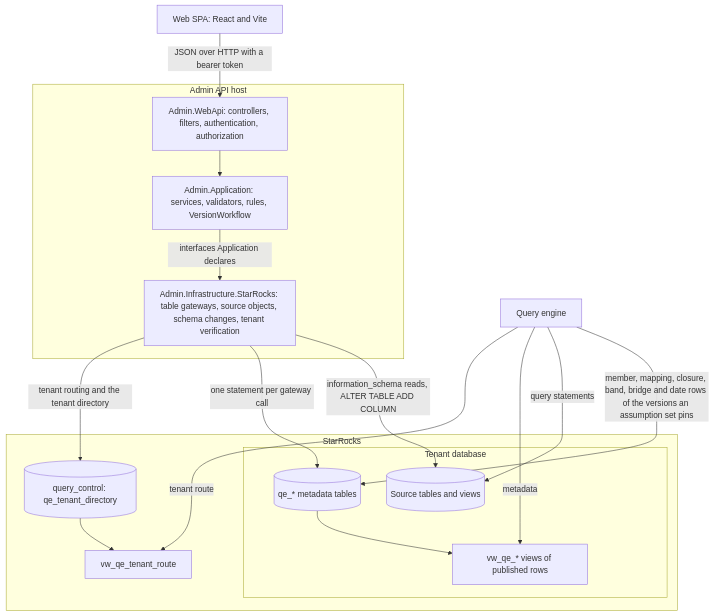
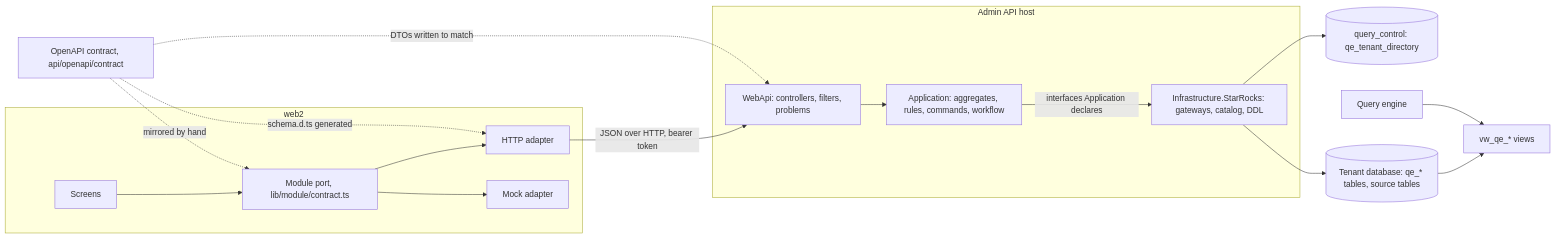
The first of 2 diagrams in api/docs/architecture/01-architecture.md (chrisaliotta/Quantalytix.QueryEngine.Admin), drawn with Mermaid before and after one commit. The commit also changed other lines of this file and 7 other files, not shown here.

Commit message:
Rewrite the API README and architecture docs for the change-set API

````diff
--- a/api/docs/architecture/01-architecture.md
+++ b/api/docs/architecture/01-architecture.md
@@ -9,31 +8,24 @@
 ```mermaid
-flowchart TB
-    Spa["Web SPA: React and Vite"]
-    subgraph AdminHost [Admin API host]
-        Api["Admin.WebApi: controllers, filters, authentication, authorization"]
-        App["Admin.Application: services, validators, rules, VersionWorkflow"]
-        Infra["Admin.Infrastructure.StarRocks: table gateways, source objects, schema changes, tenant verification"]
+flowchart LR
+    Contract["OpenAPI contract, api/openapi/contract"]
+    subgraph Web2 [web2]
+        Screens --> Port["Module port, lib/module/contract.ts"]
+        Port --> Http["HTTP adapter"]
+        Port --> Mock["Mock adapter"]
     end
-    subgraph Cluster [StarRocks]
-        Control[("query_control: qe_tenant_directory")]
-        RouteView["vw_qe_tenant_route"]
-        subgraph TenantDatabase [Tenant database]
-            QeTables[("qe_* metadata tables")]
-            SourceTables[("Source tables and views")]
-            Views["vw_qe_* views of published rows"]
-        end
+    subgraph Host [Admin API host]
+        Api["WebApi: controllers, filters, problems"]
+        App["Application: aggregates, rules, commands, workflow"]
+        Infra["Infrastructure.StarRocks: gateways, catalog, DDL"]
     end
-    Engine["Query engine"]
-    Spa -->|"JSON over HTTP with a bearer token"| Api
+    Http -->|"JSON over HTTP, bearer token"| Api
     Api --> App
     App -->|"interfaces Application declares"| Infra
-    Infra -->|"tenant routing and the tenant directory"| Control
-    Infra -->|"one statement per gateway call"| QeTables
-    Infra -->|"information_schema reads, ALTER TABLE ADD COLUMN"| SourceTables
-    Control --> RouteView
-    QeTables --> Views
-    Engine -->|"tenant route"| RouteView
-    Engine -->|"metadata"| Views
-    Engine -->|"query statements"| SourceTables
-    Engine -->|"member, mapping, closure, band, bridge and date rows of the versions an assumption set pins"| QeTables
+    Infra --> Control[("query_control: qe_tenant_directory")]
+    Infra --> Tenant[("Tenant database: qe_* tables, source tables")]
+    Tenant --> Views["vw_qe_* views"]
+    Engine["Query engine"] --> Views
+    Contract -. "DTOs written to match" .-> Api
+    Contract -. "schema.d.ts generated" .-> Http
+    Contract -. "mirrored by hand" .-> Port
 ```
````
